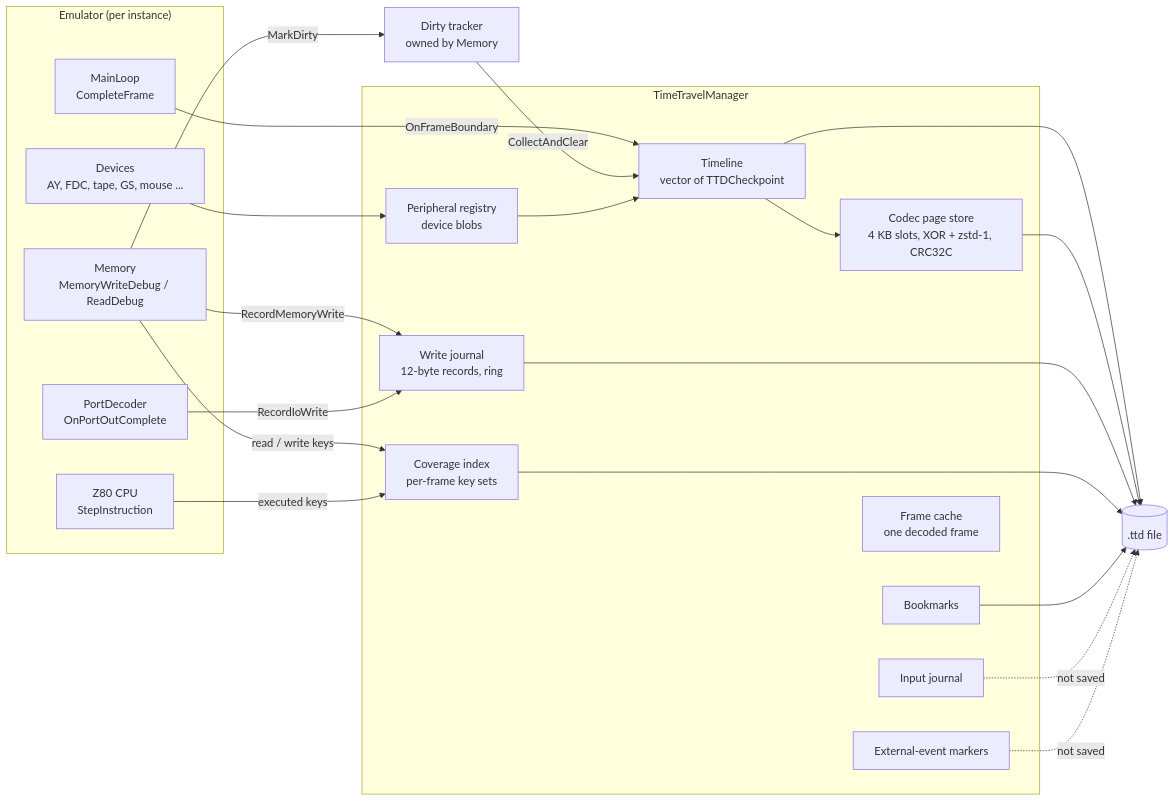
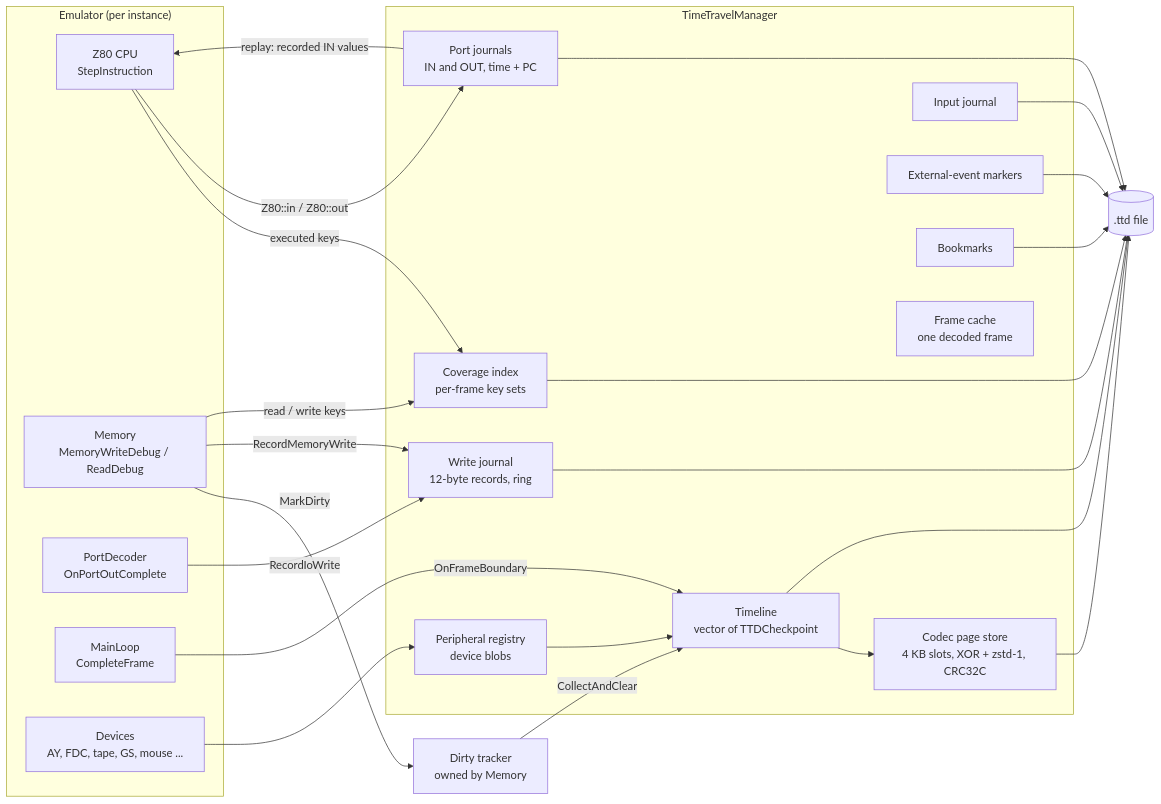
One commit to alfishe/unreal-ng changed the first of 9 diagrams in docs/emulator/design/debugger/time-travel-debug/ttd-v1-architecture-and-format.md. Above: the diagram before and after it, drawn with Mermaid. The commit also changed other lines of this file and 1 other file, not shown here.

First line of the commit message:
docs(ttd): v1 reference brought up to date with the port journals

````diff
--- a/docs/emulator/design/debugger/time-travel-debug/ttd-v1-architecture-and-format.md
+++ b/docs/emulator/design/debugger/time-travel-debug/ttd-v1-architecture-and-format.md
@@ -44,39 +55,43 @@
 ```mermaid
 flowchart LR
     subgraph emu["Emulator (per instance)"]
         CPU["Z80 CPU<br/>StepInstruction"]
         MEM["Memory<br/>MemoryWriteDebug / ReadDebug"]
         PORTS["PortDecoder<br/>OnPortOutComplete"]
         LOOP["MainLoop<br/>CompleteFrame"]
         DEV["Devices<br/>AY, FDC, tape, GS, mouse ..."]
     end
     subgraph ttd["TimeTravelManager"]
         TL["Timeline<br/>vector of TTDCheckpoint"]
         PS["Codec page store<br/>4 KB slots, XOR + zstd-1, CRC32C"]
         REG["Peripheral registry<br/>device blobs"]
         WJ["Write journal<br/>12-byte records, ring"]
         COV["Coverage index<br/>per-frame key sets"]
         IJ["Input journal"]
         XE["External-event markers"]
         BM["Bookmarks"]
+        PJ["Port journals<br/>IN and OUT, time + PC"]
         FC["Frame cache<br/>one decoded frame"]
     end
     DT["Dirty tracker<br/>owned by Memory"]
     FILE[(".ttd file")]
     MEM -->|"MarkDirty"| DT
     MEM -->|"RecordMemoryWrite"| WJ
     MEM -->|"read / write keys"| COV
     CPU -->|"executed keys"| COV
     PORTS -->|"RecordIoWrite"| WJ
     LOOP -->|"OnFrameBoundary"| TL
     DT -->|"CollectAndClear"| TL
     TL --> PS
     DEV --> REG --> TL
     TL --> FILE
     PS --> FILE
     WJ --> FILE
     COV --> FILE
     BM --> FILE
-    IJ -.->|"not saved"| FILE
-    XE -.->|"not saved"| FILE
+    IJ --> FILE
+    XE --> FILE
+    CPU -->|"Z80::in / Z80::out"| PJ
+    PJ -->|"replay: recorded IN values"| CPU
+    PJ --> FILE
 ```
````
